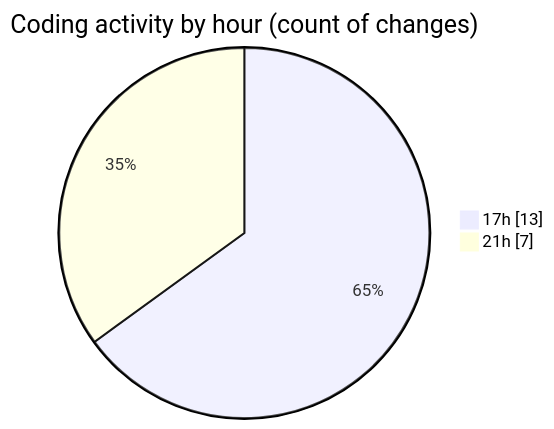
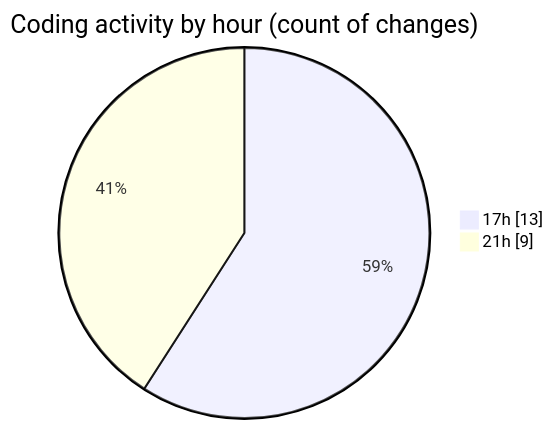
The second of 2 diagrams in 2026-07-03/researchlens/README.md (Unknowalive/code-tracking), drawn with Mermaid before and after one commit. The commit also changed other lines of this file and 1 other file, not shown here.

````diff
--- a/2026-07-03/researchlens/README.md
+++ b/2026-07-03/researchlens/README.md
@@ -43,6 +43,6 @@
 ```mermaid
 pie showData
 title Coding activity by hour (count of changes)
 "17h" : 13
-"21h" : 7
+"21h" : 9
 ```
````
